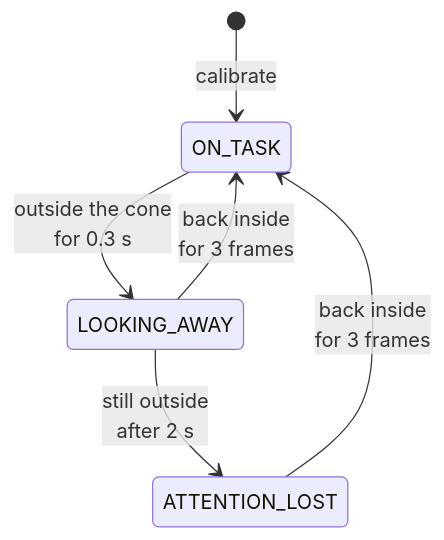
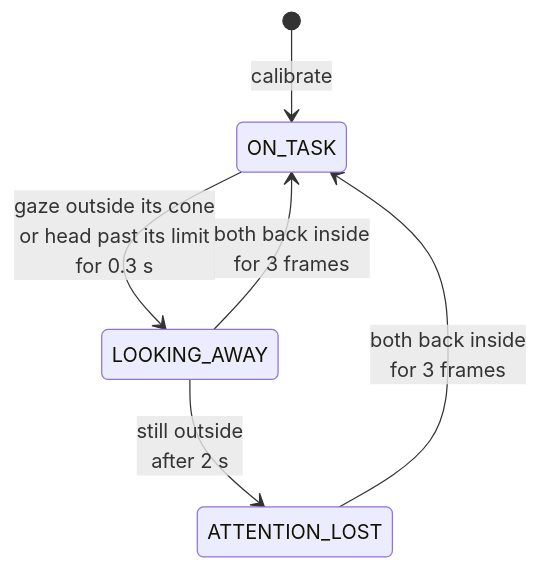
Before and after one commit to SamuelAlexander/dragonwing-gaze-attention: the second of 2 diagrams in README.md, drawn with Mermaid. The commit also changed other lines of this file and 28 other files, not shown here.

````diff
--- a/README.md
+++ b/README.md
@@ -133,8 +95,8 @@
 ```mermaid
 stateDiagram-v2
     [*] --> ON_TASK: calibrate
-    ON_TASK --> LOOKING_AWAY: outside the cone<br/>for 0.3 s
-    LOOKING_AWAY --> ON_TASK: back inside<br/>for 3 frames
+    ON_TASK --> LOOKING_AWAY: gaze outside its cone<br/>or head past its limit<br/>for 0.3 s
+    LOOKING_AWAY --> ON_TASK: both back inside<br/>for 3 frames
     LOOKING_AWAY --> ATTENTION_LOST: still outside<br/>after 2 s
-    ATTENTION_LOST --> ON_TASK: back inside<br/>for 3 frames
+    ATTENTION_LOST --> ON_TASK: both back inside<br/>for 3 frames
 ```
````
